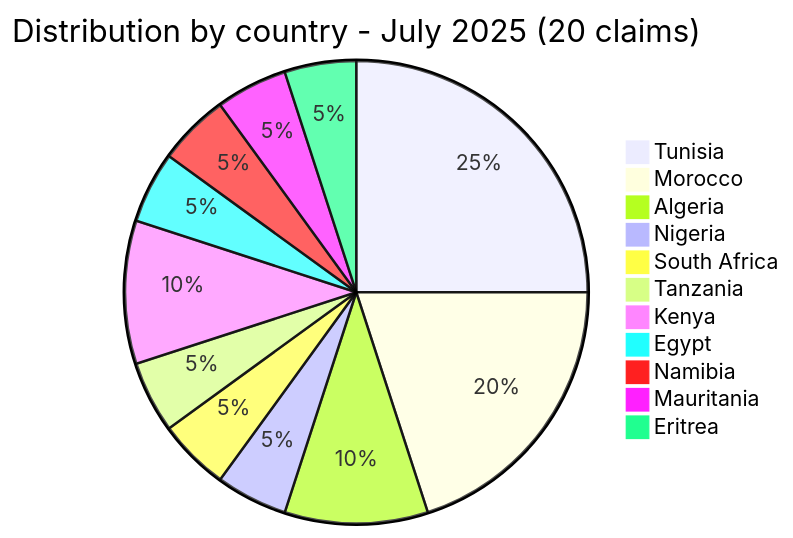
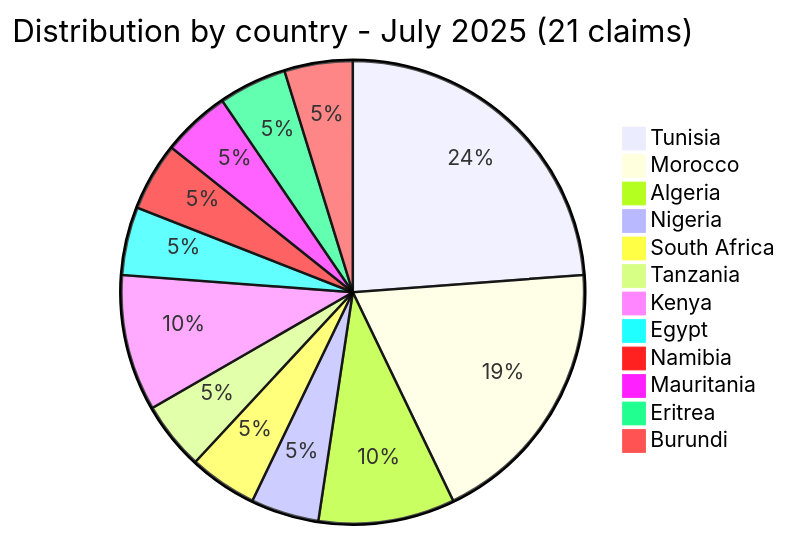
The second of 4 diagrams in CyberAttackAfrica/2025/07-july/report/README.md (Hatchepsoute/AFRINTEL), drawn with Mermaid before and after one commit. The commit also changed other lines of this file and 112 other files, not shown here.

````diff
--- a/CyberAttackAfrica/2025/07-july/report/README.md
+++ b/CyberAttackAfrica/2025/07-july/report/README.md
@@ -96,15 +99,16 @@
 ```mermaid
 pie
-    title Distribution by country - July 2025 (20 claims)
+    title Distribution by country - July 2025 (21 claims)
     "Tunisia" : 5
     "Morocco" : 4
     "Algeria" : 2
     "Nigeria" : 1
     "South Africa" : 1
     "Tanzania" : 1
     "Kenya" : 2
     "Egypt" : 1
     "Namibia" : 1
     "Mauritania" : 1
     "Eritrea" : 1
+    "Burundi" : 1
 ```
````
